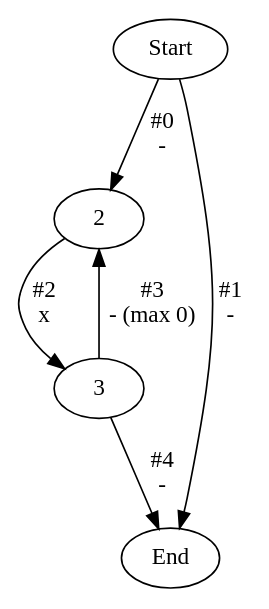
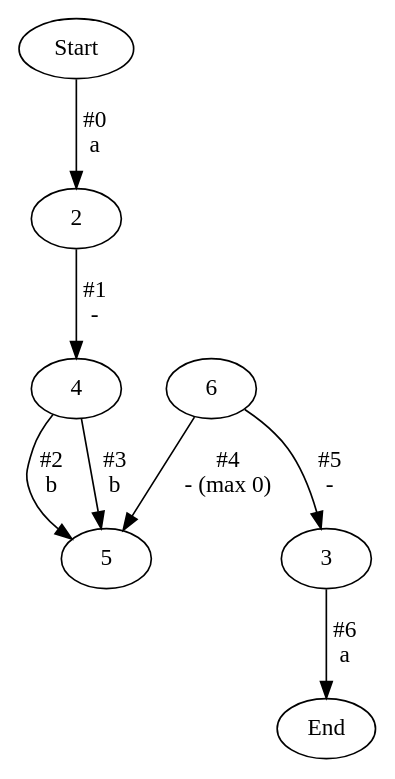
The diagram in state_machine.dot (itarato/peter_grep), drawn with Graphviz before and after one commit. The commit also changed 1 other file, not shown here.

```diff
--- a/state_machine.dot
+++ b/state_machine.dot
@@ -1,12 +1,16 @@
 digraph {{
 	Start -> 2 [label="#0
+a"]
+	2 -> 4 [label="#1
 -"]
-	Start -> End [label="#1
+	4 -> 5 [label="#2
+b"]
+	4 -> 5 [label="#3
+b"]
+	6 -> 5 [label="#4
+- (max 0)"]
+	6 -> 3 [label="#5
 -"]
-	2 -> 3 [label="#2
-x"]
-	3 -> 2 [label="#3
-- (max 0)"]
-	3 -> End [label="#4
--"]
+	3 -> End [label="#6
+a"]
 }}
```
